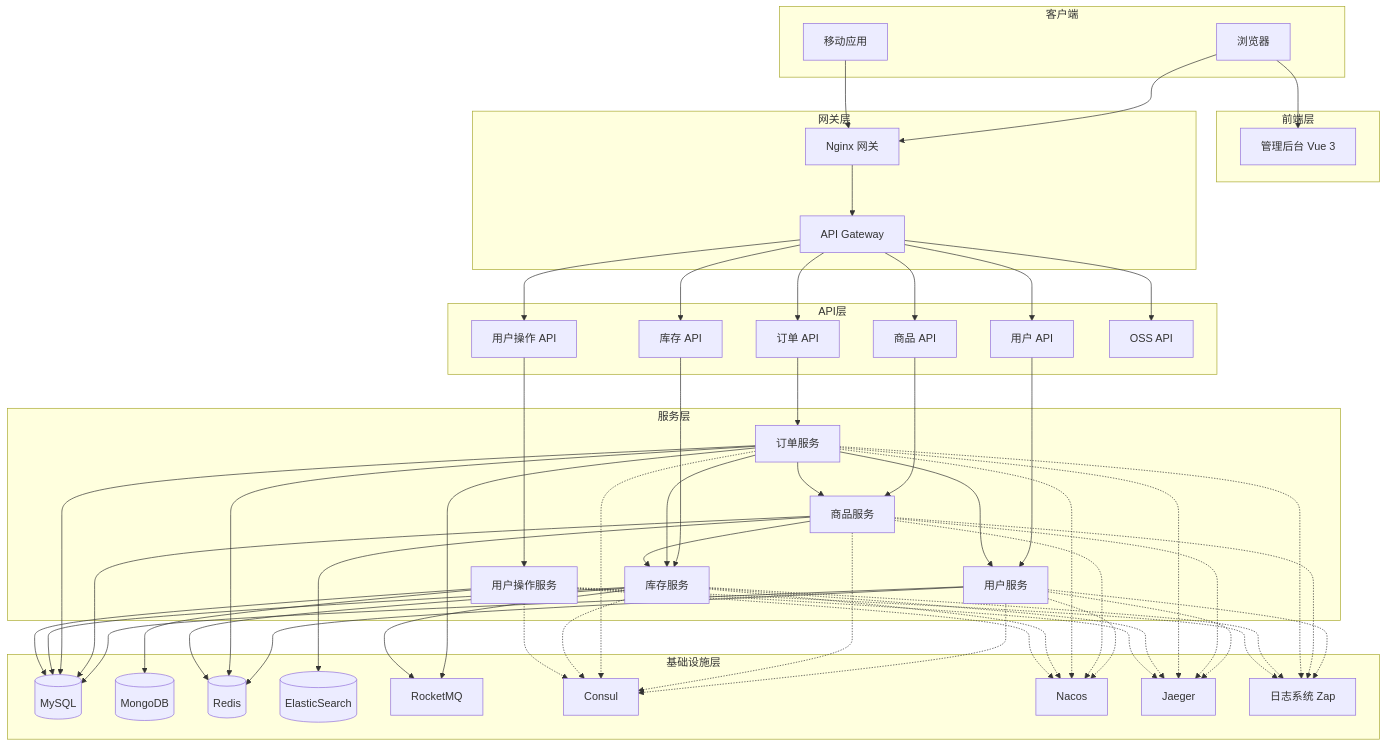
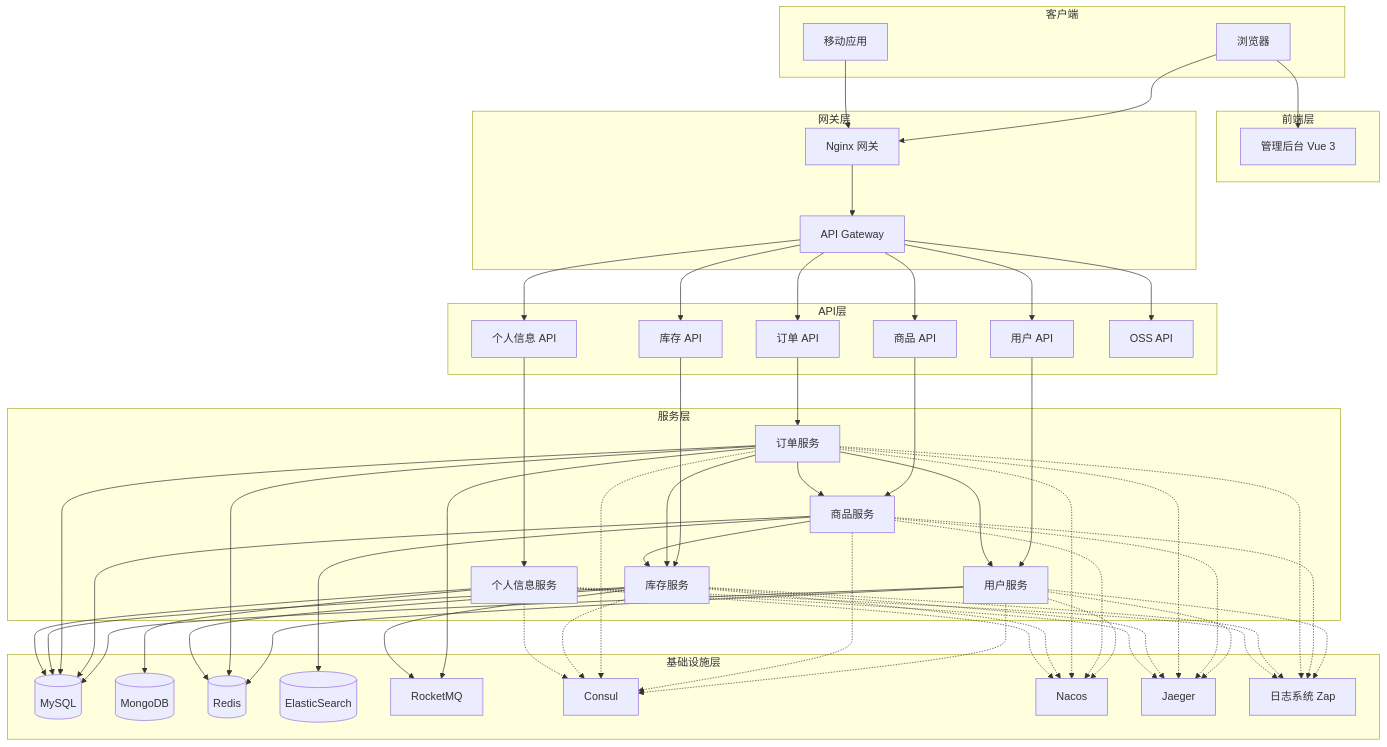
One commit to DercyCheng/shop changed the second of 4 diagrams in README.md. Above: the diagram before and after it, drawn with Mermaid. The commit also changed other lines of this file and 97 other files, not shown here.

````diff
--- a/README.md
+++ b/README.md
@@ -80,7 +80,7 @@
         GoodsAPI[商品 API]
         OrderAPI[订单 API]
         InventoryAPI[库存 API]
-        UserOpAPI[用户操作 API]
+        ProfileAPI[个人信息 API]
         OssAPI[OSS API]
     end
 
@@ -89,7 +89,7 @@
         GoodsSrv[商品服务]
         OrderSrv[订单服务]
         InventorySrv[库存服务]
-        UserOpSrv[用户操作服务]
+        ProfileSrv[个人信息服务]
     end
 
     subgraph 基础设施层
@@ -115,7 +115,7 @@
     Gateway --> GoodsAPI
     Gateway --> OrderAPI
     Gateway --> InventoryAPI
-    Gateway --> UserOpAPI
+    Gateway --> ProfileAPI
     Gateway --> OssAPI
 
     %% API层连接服务层
@@ -123,51 +123,51 @@
     GoodsAPI --> GoodsSrv
     OrderAPI --> OrderSrv
     InventoryAPI --> InventorySrv
-    UserOpAPI --> UserOpSrv
+    ProfileAPI --> ProfileSrv
 
     %% 服务层互相调用
     OrderSrv --> InventorySrv
     OrderSrv --> GoodsSrv
     OrderSrv --> UserSrv
     GoodsSrv --> InventorySrv
-    
+  
     %% 服务层连接基础设施
     UserSrv --> MySQL
     GoodsSrv --> MySQL
     OrderSrv --> MySQL
     InventorySrv --> MySQL
-    UserOpSrv --> MySQL
-    UserOpSrv --> MongoDB
-    
+    ProfileSrv --> MySQL
+    ProfileSrv --> MongoDB
+  
     GoodsSrv --> ES
     UserSrv --> Redis
     OrderSrv --> Redis
     InventorySrv --> Redis
-    
+  
     OrderSrv --> MQ
     InventorySrv --> MQ
-    
+  
     UserSrv -.-> Consul
     GoodsSrv -.-> Consul
     OrderSrv -.-> Consul
     InventorySrv -.-> Consul
-    UserOpSrv -.-> Consul
-    
+    ProfileSrv -.-> Consul
+  
     UserSrv -.-> Nacos
     GoodsSrv -.-> Nacos
     OrderSrv -.-> Nacos
     InventorySrv -.-> Nacos
-    UserOpSrv -.-> Nacos
-    
+    ProfileSrv -.-> Nacos
+  
     UserSrv -.-> Jaeger
     GoodsSrv -.-> Jaeger
     OrderSrv -.-> Jaeger
     InventorySrv -.-> Jaeger
-    UserOpSrv -.-> Jaeger
-    
+    ProfileSrv -.-> Jaeger
+  
     UserSrv -.-> Logs
     GoodsSrv -.-> Logs
     OrderSrv -.-> Logs
     InventorySrv -.-> Logs
-    UserOpSrv -.-> Logs
+    ProfileSrv -.-> Logs
 ```
````
